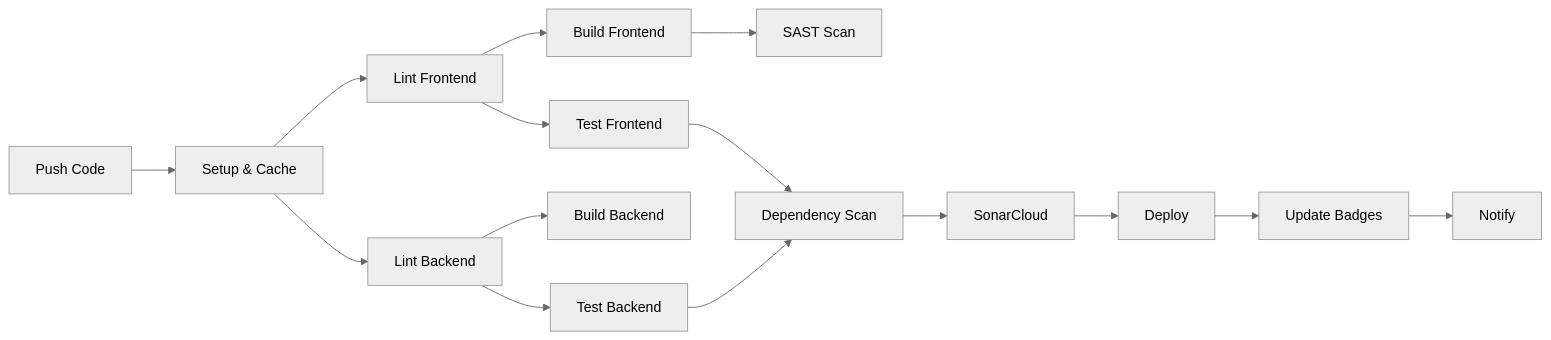
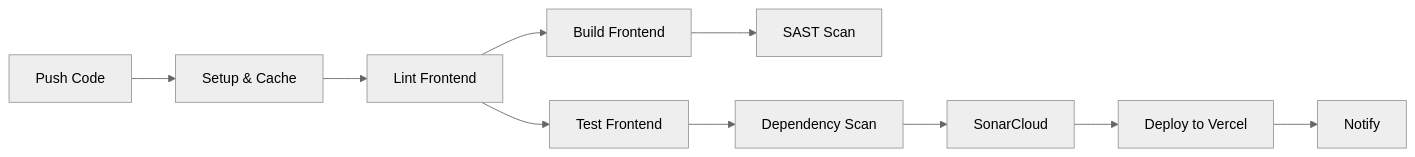
Before and after one commit to afmenezes1989/fiap-mba-intelligent-cicd-pipelines: the diagram in README.md, drawn with Mermaid (neutral theme). The commit also changed other lines of this file, not shown here.

First line of the commit message:
docs: remove all backend references from README

````diff
--- a/README.md
+++ b/README.md
@@ -122,17 +120,12 @@
 ```mermaid
 graph LR
     A[Push Code] --> B[Setup & Cache]
     B --> C[Lint Frontend]
-    B --> D[Lint Backend]
-    C --> E[Build Frontend]
-    D --> F[Build Backend]
-    C --> G[Test Frontend]
-    D --> H[Test Backend]
-    E --> I[SAST Scan]
-    G --> J[Dependency Scan]
-    H --> J
-    J --> K[SonarCloud]
-    K --> L[Deploy]
-    L --> M[Update Badges]
-    M --> N[Notify]
+    C --> D[Build Frontend]
+    C --> E[Test Frontend]
+    D --> F[SAST Scan]
+    E --> G[Dependency Scan]
+    G --> H[SonarCloud]
+    H --> I[Deploy to Vercel]
+    I --> J[Notify]
 ```
````
